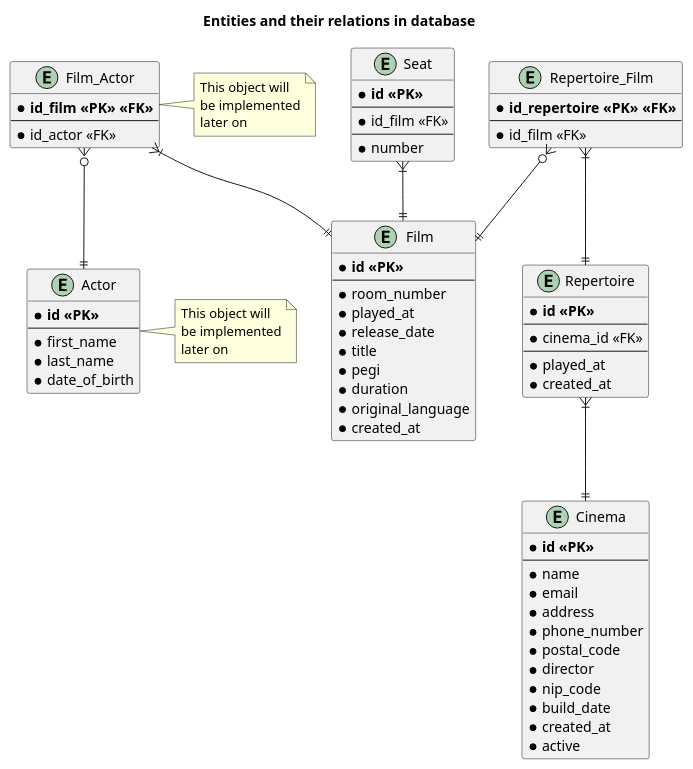
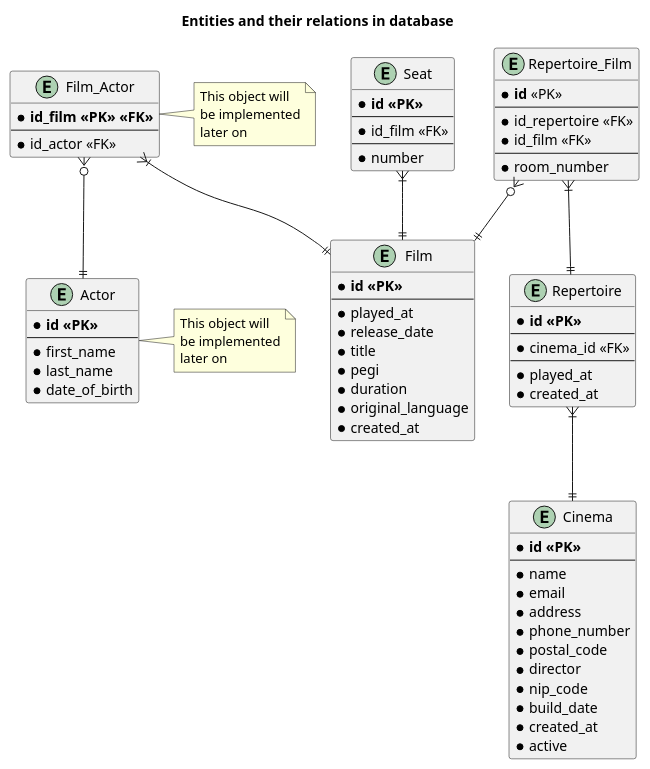
The diagram in documentation/db_relations.puml (Matiar15/cinema-gateway), drawn with PlantUML before and after one commit. The commit also changed 6 other files, not shown here.

```diff
--- a/documentation/db_relations.puml
+++ b/documentation/db_relations.puml
@@ -1,75 +1,77 @@
 @startuml
 title Entities and their relations in database
 
 entity Cinema {
     * **id <<PK>>**
     --
     * name
     * email
     * address
     * phone_number
     * postal_code
     * director
     * nip_code
     * build_date
     * created_at
     * active
 }
 
 entity Repertoire {
     * **id <<PK>>**
     --
     * cinema_id <<FK>>
     --
     * played_at
     * created_at
 }
 
 entity Film {
     * **id <<PK>>**
     --
-    * room_number
     * played_at
     * release_date
     * title
     * pegi
     * duration
     * original_language
     * created_at
 }
 
 entity Repertoire_Film {
-    * **id_repertoire <<PK>> <<FK>>**
+    * **id** <<PK>>
     --
+    * id_repertoire <<FK>>
     * id_film <<FK>>
+    --
+    * room_number
 }
 
 entity Seat {
     * **id <<PK>>**
     --
     * id_film <<FK>>
     --
     * number
 }
 
 entity Film_Actor {
     * **id_film <<PK>> <<FK>>**
     --
     * id_actor <<FK>>
 }
 note right: This object will\nbe implemented\nlater on
 entity Actor {
     * **id <<PK>>**
     --
     * first_name
     * last_name
     * date_of_birth
 }
 note right: This object will\nbe implemented\nlater on
 Repertoire      }|--|| Cinema
 Repertoire_Film }o--|| Film
 Repertoire_Film }|--|| Repertoire
 Seat            }|--|| Film
 Film_Actor      }|--|| Film
 Film_Actor      }o--|| Actor
 @enduml
```
